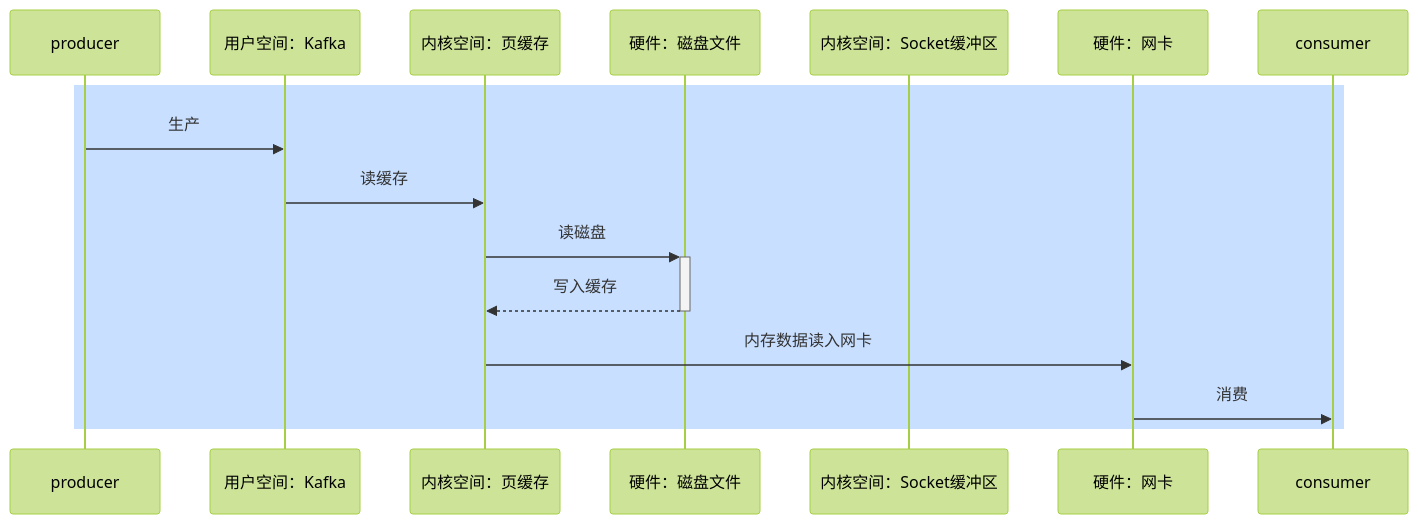
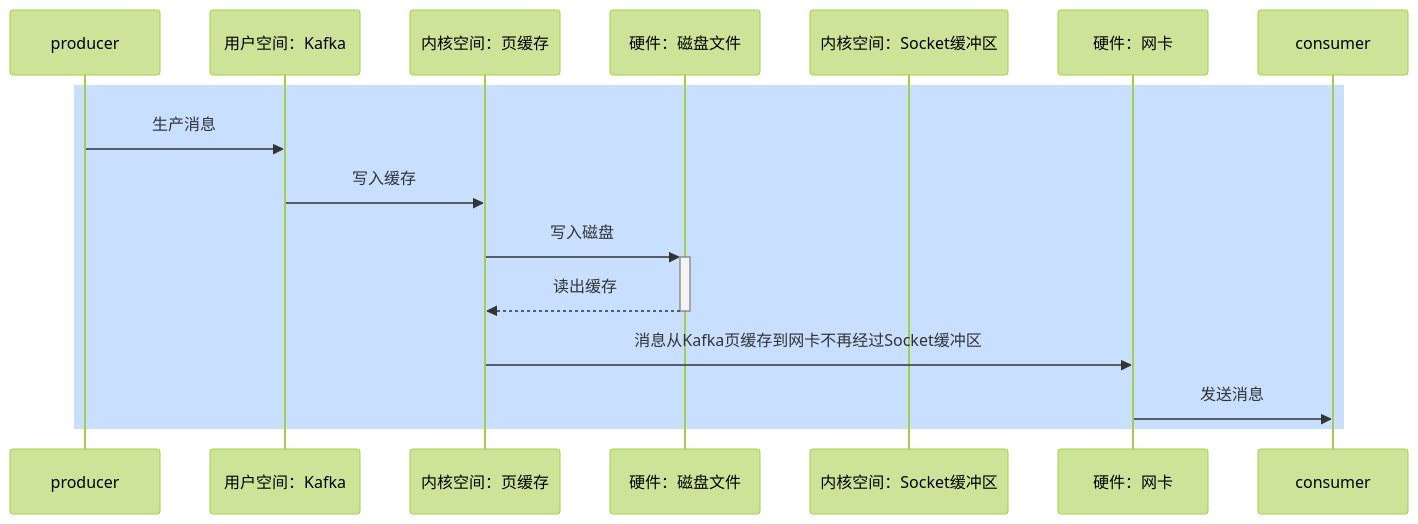
One commit to qingdog/my changed the third of 3 diagrams in interview/06 消息中间件.md. Above: the diagram before and after it, drawn with Mermaid (forest theme). The commit also changed other lines of this file, not shown here.

````diff
--- a/interview/06 消息中间件.md
+++ b/interview/06 消息中间件.md
@@ -451,18 +482,18 @@
 ```mermaid
 sequenceDiagram
 participant producer
 participant kafka as 用户空间：Kafka
 participant cache as 内核空间：页缓存
 participant disk as 硬件：磁盘文件
 participant socket as 内核空间：Socket缓冲区
 participant network as 硬件：网卡
 participant consumer
 rect rgb(200, 223, 255)
-producer ->> kafka : 生产
-kafka ->> cache : 读缓存
-cache ->> +disk : 读磁盘
-disk -->> -cache: 写入缓存
-cache ->> network : 内存数据读入网卡
-network ->> consumer : 消费
+producer ->> kafka : 生产消息
+kafka ->> cache : 写入缓存
+cache ->> +disk : 写入磁盘
+disk -->> -cache: 读出缓存
+cache ->> network : 消息从Kafka页缓存到网卡不再经过Socket缓冲区
+network ->> consumer : 发送消息
 end
 ```
````
